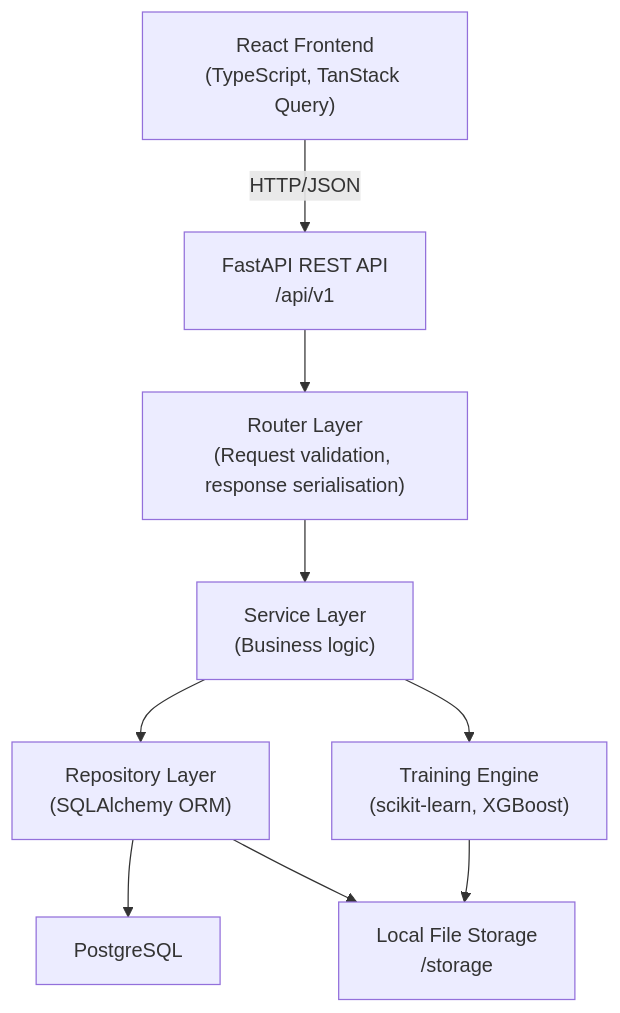
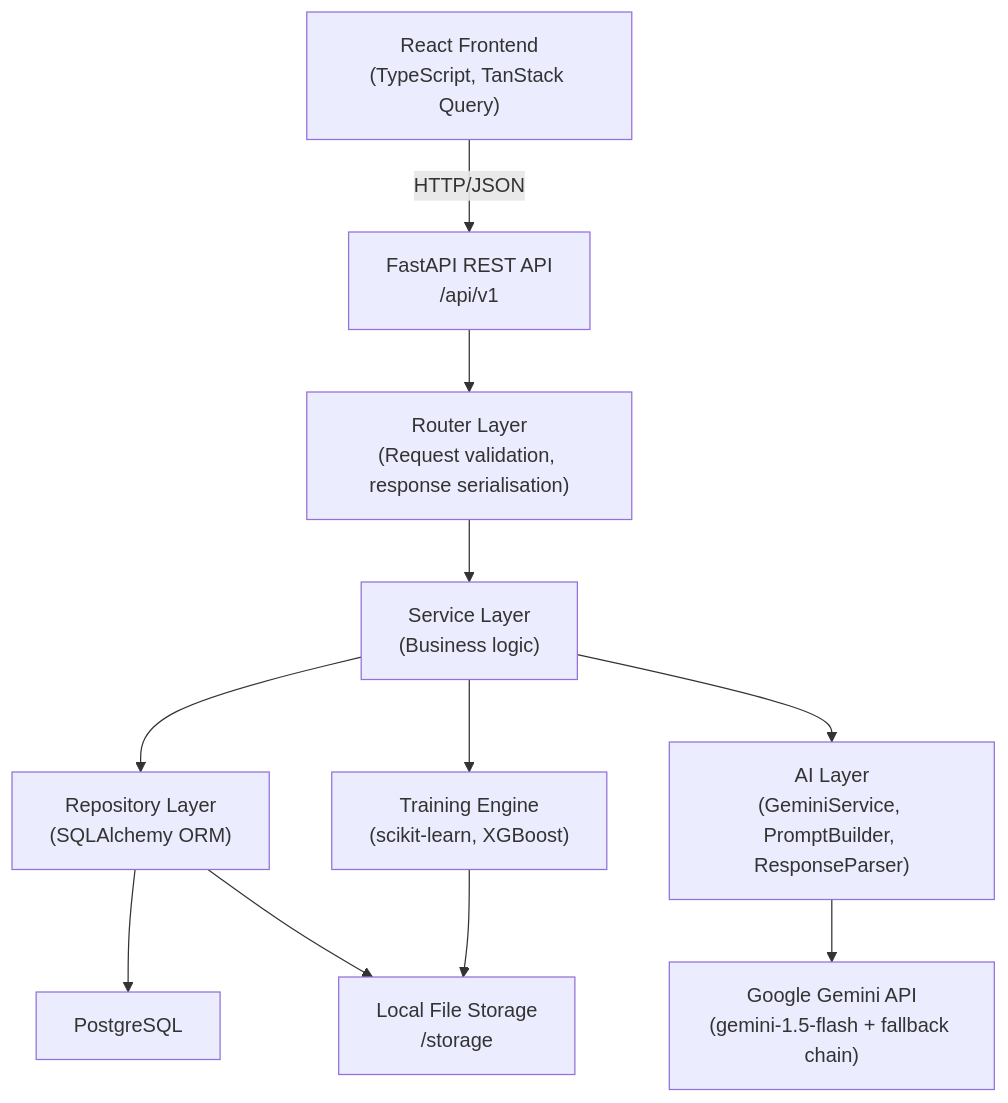
The second of 4 diagrams in README.md (Mohitingale13/microflow-ml-platform), drawn with Mermaid before and after one commit. The commit also changed other lines of this file and 19 other files, not shown here.

````diff
--- a/README.md
+++ b/README.md
@@ -210,20 +253,24 @@
 ```mermaid
 graph TD
-    Browser["React Frontend<br/>(TypeScript, TanStack Query)"]
-    API["FastAPI REST API<br/>/api/v1"]
-    Routers["Router Layer<br/>(Request validation, response serialisation)"]
-    Services["Service Layer<br/>(Business logic)"]
-    Repos["Repository Layer<br/>(SQLAlchemy ORM)"]
+    Browser["React Frontend\n(TypeScript, TanStack Query)"]
+    API["FastAPI REST API\n/api/v1"]
+    Routers["Router Layer\n(Request validation, response serialisation)"]
+    Services["Service Layer\n(Business logic)"]
+    Repos["Repository Layer\n(SQLAlchemy ORM)"]
     DB["PostgreSQL"]
-    Storage["Local File Storage<br/>/storage"]
-    Training["Training Engine<br/>(scikit-learn, XGBoost)"]
+    Storage["Local File Storage\n/storage"]
+    Training["Training Engine\n(scikit-learn, XGBoost)"]
+    AILayer["AI Layer\n(GeminiService, PromptBuilder, ResponseParser)"]
+    Gemini["Google Gemini API\n(gemini-1.5-flash + fallback chain)"]
 
     Browser -->|HTTP/JSON| API
     API --> Routers
     Routers --> Services
     Services --> Repos
     Services --> Training
+    Services --> AILayer
     Repos --> DB
     Training --> Storage
     Repos --> Storage
+    AILayer --> Gemini
 ```
````
